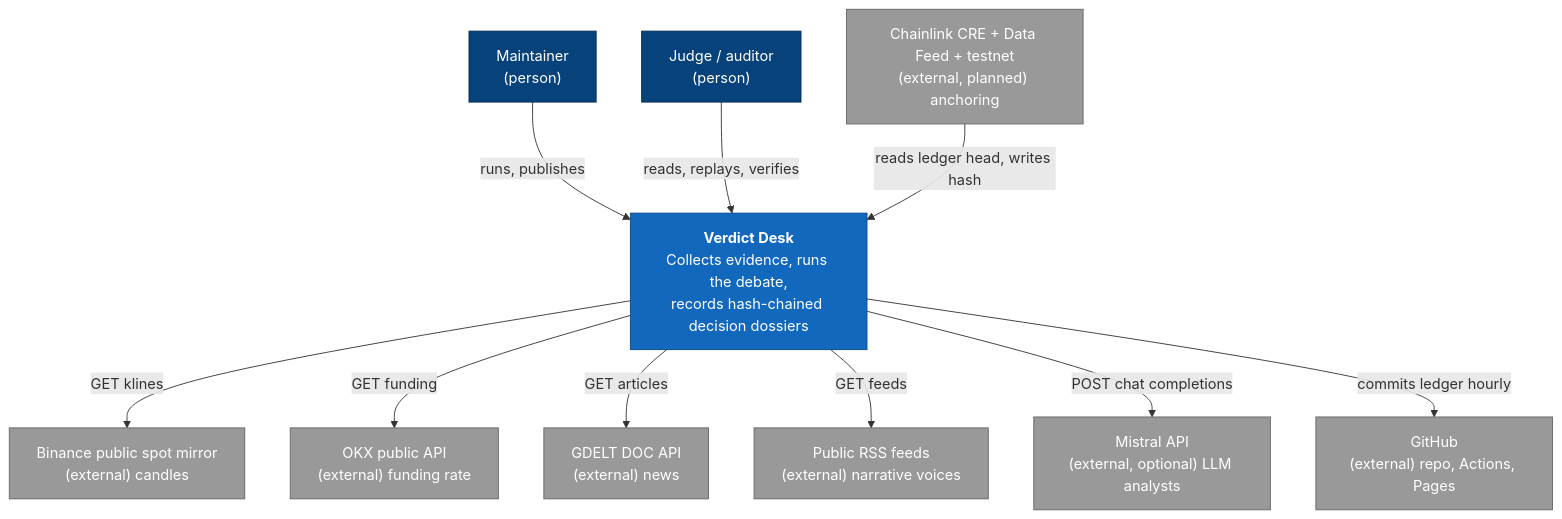
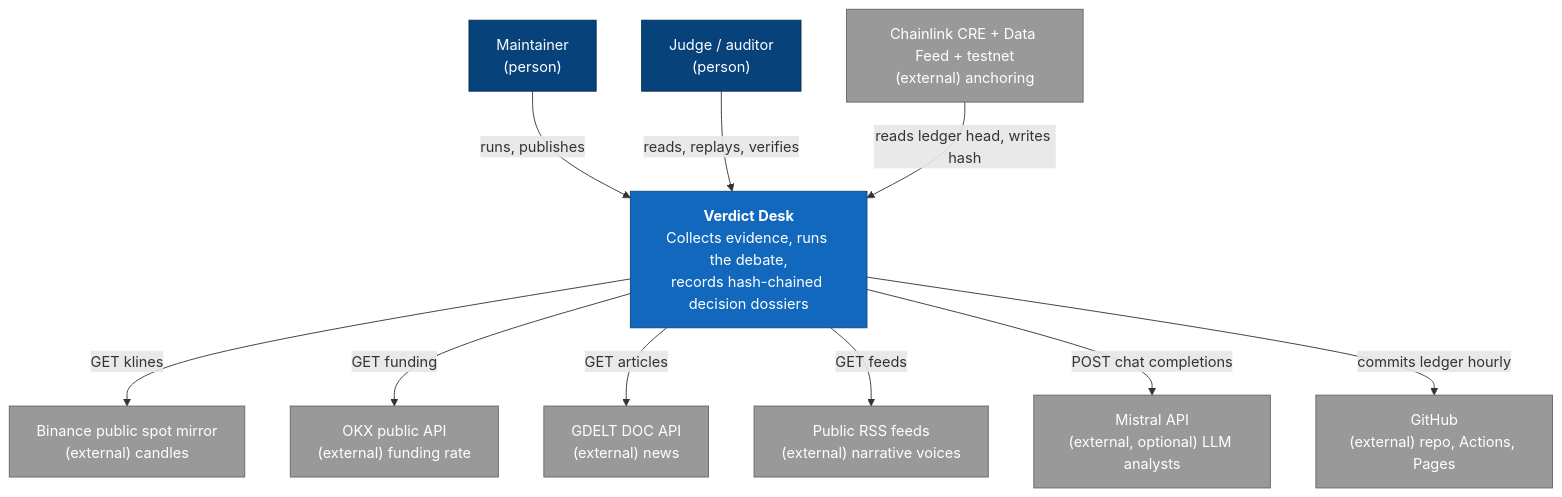
The first of 3 diagrams in docs/architecture.md (AndriyAmaro/verdict-desk), drawn with Mermaid before and after one commit. The commit also changed other lines of this file, not shown here.

Commit message:
docs: architecture status catches up with what shipped (CRE anchor ran, hourly runner live, test counts)

````diff
--- a/docs/architecture.md
+++ b/docs/architecture.md
@@ -37,32 +37,32 @@
 ```mermaid
 graph TB
     judge["Judge / auditor<br/>(person)"]
     operator["Maintainer<br/>(person)"]
 
     system["<b>Verdict Desk</b><br/>Collects evidence, runs the debate,<br/>records hash-chained decision dossiers"]
 
     binance["Binance public spot mirror<br/>(external) candles"]
     okx["OKX public API<br/>(external) funding rate"]
     gdelt["GDELT DOC API<br/>(external) news"]
     rss["Public RSS feeds<br/>(external) narrative voices"]
     mistral["Mistral API<br/>(external, optional) LLM analysts"]
     github["GitHub<br/>(external) repo, Actions, Pages"]
-    cre["Chainlink CRE + Data Feed + testnet<br/>(external, planned) anchoring"]
+    cre["Chainlink CRE + Data Feed + testnet<br/>(external) anchoring"]
 
     operator -->|"runs, publishes"| system
     judge -->|"reads, replays, verifies"| system
     system -->|"GET klines"| binance
     system -->|"GET funding"| okx
     system -->|"GET articles"| gdelt
     system -->|"GET feeds"| rss
     system -->|"POST chat completions"| mistral
     system -->|"commits ledger hourly"| github
     cre -->|"reads ledger head, writes hash"| system
 
     classDef person fill:#08427b,stroke:#052e56,color:#fff
     classDef internal fill:#1168bd,stroke:#0b4884,color:#fff
     classDef external fill:#999,stroke:#666,color:#fff
     class judge,operator person
     class system internal
     class binance,okx,gdelt,rss,mistral,github,cre external
 ```
````
